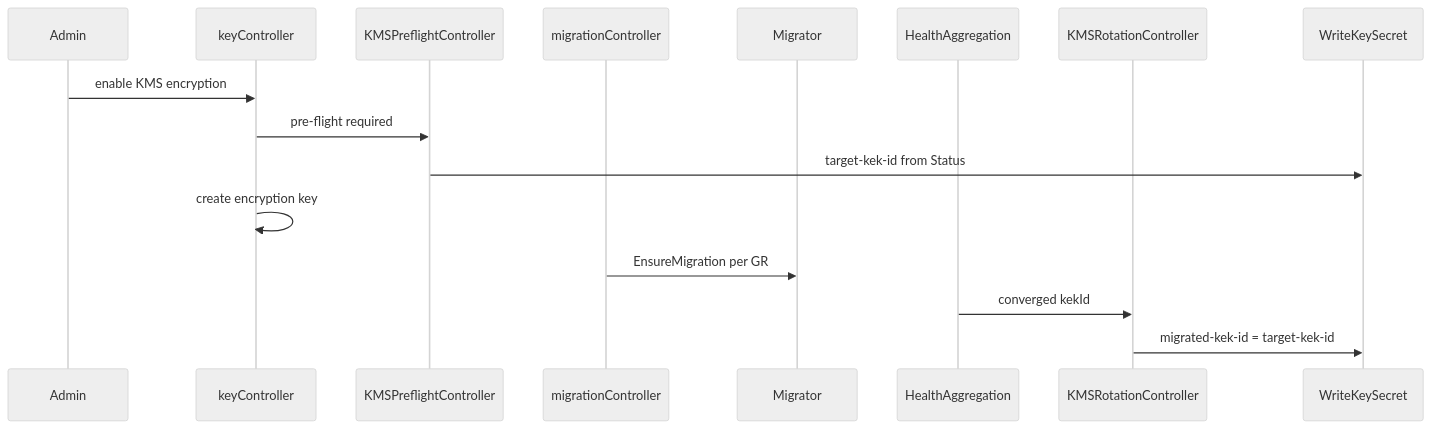
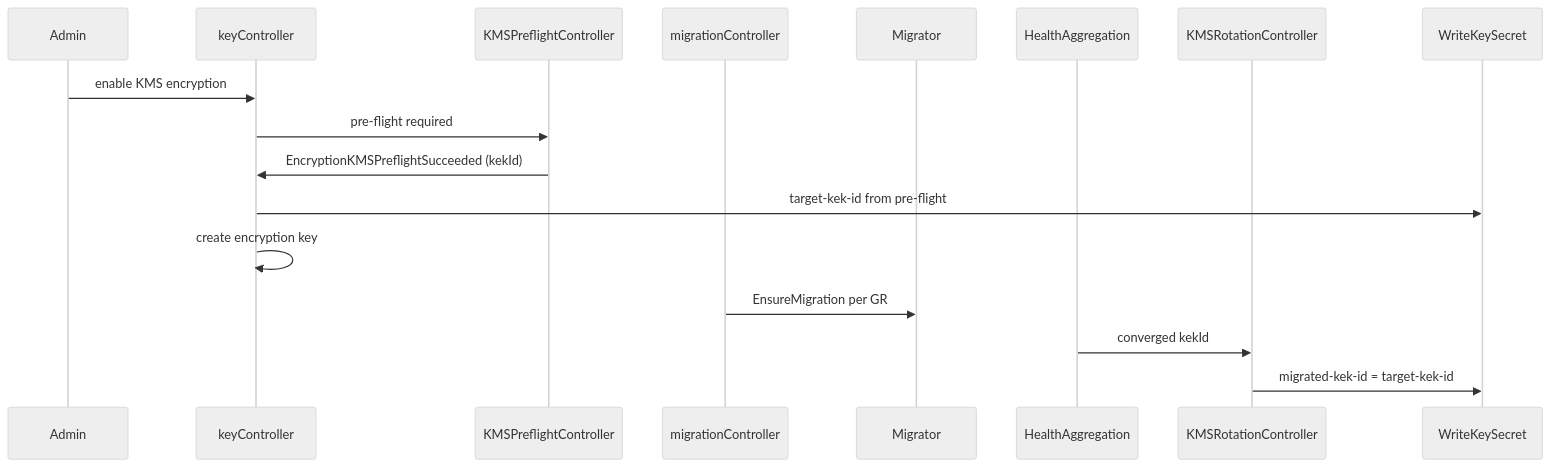
Before and after one commit to openshift/enhancements: the first of 3 diagrams in enhancements/kube-apiserver/kms-encryption-foundations.md, drawn with Mermaid (neutral theme). The commit also changed other lines of this file, not shown here.

Commit message:
preflight vs. keycontroller

````diff
--- a/enhancements/kube-apiserver/kms-encryption-foundations.md
+++ b/enhancements/kube-apiserver/kms-encryption-foundations.md
@@ -509,19 +509,20 @@
 ```mermaid
 sequenceDiagram
     participant Admin
     participant KeyCtrl as keyController
     participant Preflight as KMSPreflightController
     participant MigCtrl as migrationController
     participant SVM as Migrator
     participant Health as HealthAggregation
     participant RotCtrl as KMSRotationController
     participant Secret as WriteKeySecret
 
     Admin->>KeyCtrl: enable KMS encryption
     KeyCtrl->>Preflight: pre-flight required
-    Preflight->>Secret: target-kek-id from Status
+    Preflight->>KeyCtrl: EncryptionKMSPreflightSucceeded (kekId)
+    KeyCtrl->>Secret: target-kek-id from pre-flight
     KeyCtrl->>KeyCtrl: create encryption key
     MigCtrl->>SVM: EnsureMigration per GR
     Health->>RotCtrl: converged kekId
     RotCtrl->>Secret: migrated-kek-id = target-kek-id
 ```
````
